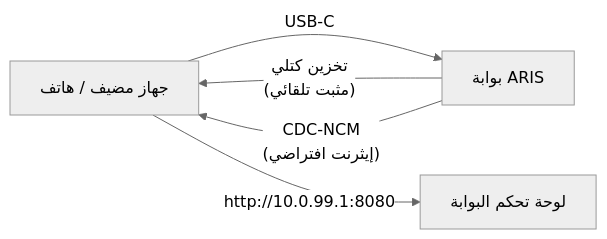
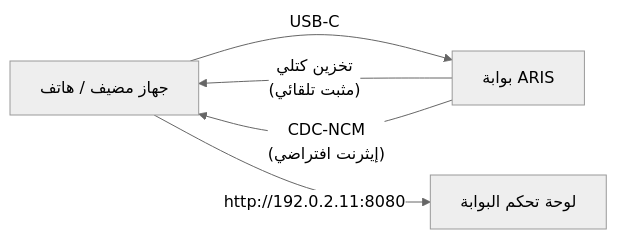
One commit to celestia-island/aris changed the diagram in docs/ar/guides/usb-c-provisioning.md. Above: the diagram before and after it, drawn with Mermaid (neutral theme). The commit also changed other lines of this file and 18 other files, not shown here.

````diff
--- a/docs/ar/guides/usb-c-provisioning.md
+++ b/docs/ar/guides/usb-c-provisioning.md
@@ -26,7 +26,7 @@
 ```mermaid
 flowchart LR
     HOST["جهاز مضيف / هاتف"] -->|"USB-C"| ARIS["بوابة ARIS"]
     ARIS -->|"تخزين كتلي\n(مثبت تلقائي)"| HOST
     ARIS -->|"CDC-NCM\n(إيثرنت افتراضي)"| HOST
-    HOST -->|"http://10.0.99.1:8080"| DASH["لوحة تحكم البوابة"]
+    HOST -->|"http://192.0.2.11:8080"| DASH["لوحة تحكم البوابة"]
 ```
````
